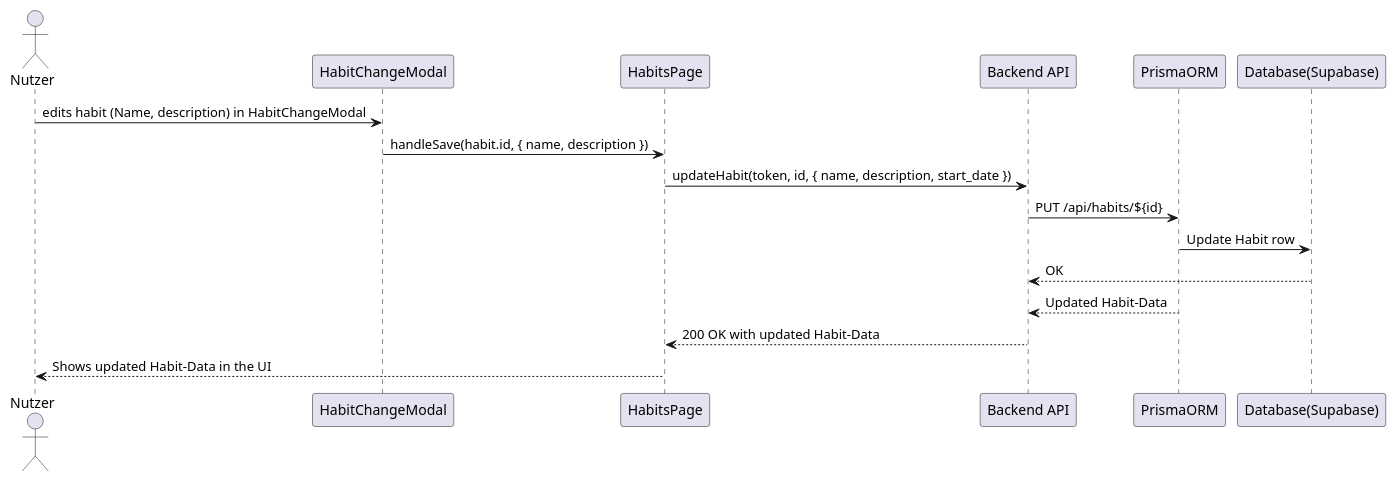
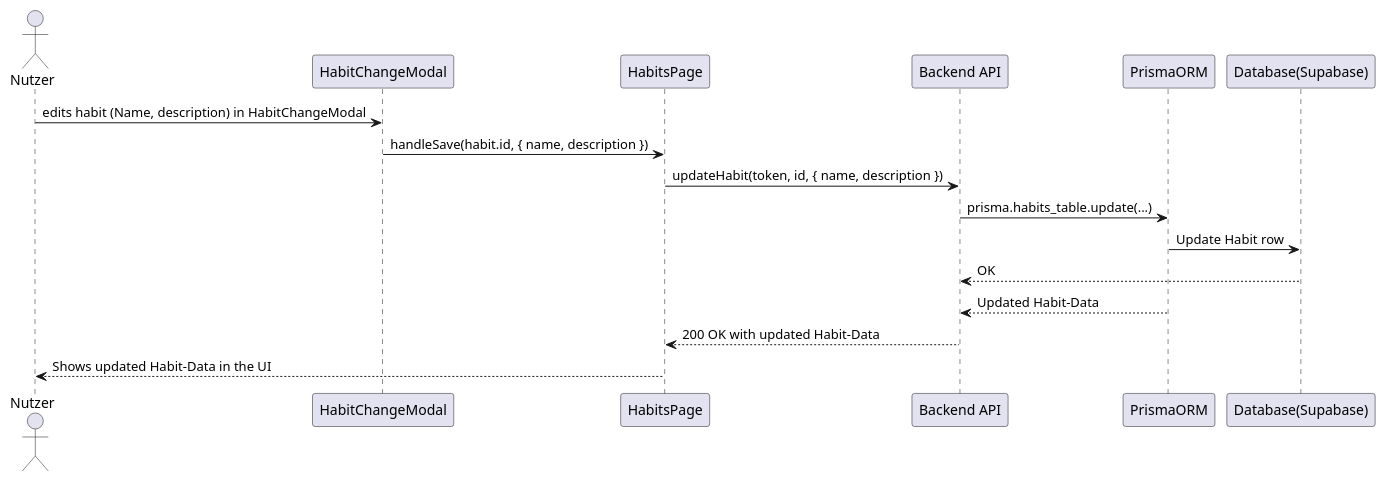
The diagram in docs/architecture/plantuml/sequenz_habit_bearbeiten.puml (1tristan0/SE-HabitTracker-3.B), drawn with PlantUML before and after one commit. The commit also changed 1 other file, not shown here.

Commit message:
aktualisierung der Sequenzdiagramme

```diff
--- a/docs/architecture/plantuml/sequenz_habit_bearbeiten.puml
+++ b/docs/architecture/plantuml/sequenz_habit_bearbeiten.puml
@@ -1,17 +1,17 @@
 @startuml
 actor Nutzer as user
 participant "HabitChangeModal" as modal
 participant "HabitsPage" as site
 participant "Backend API" as backend
 participant "PrismaORM" as prisma
 participant "Database(Supabase)" as database
 user -> modal: edits habit (Name, description) in HabitChangeModal
 modal-> site: handleSave(habit.id, { name, description })
-site -> backend: updateHabit(token, id, { name, description, start_date })
-backend -> prisma: PUT /api/habits/${id} 
+site -> backend: updateHabit(token, id, { name, description })
+backend -> prisma: prisma.habits_table.update(...)
 prisma -> database: Update Habit row
 database --> backend: OK
 prisma --> backend: Updated Habit-Data
 backend --> site: 200 OK with updated Habit-Data
 site --> user: Shows updated Habit-Data in the UI
 @enduml
```
